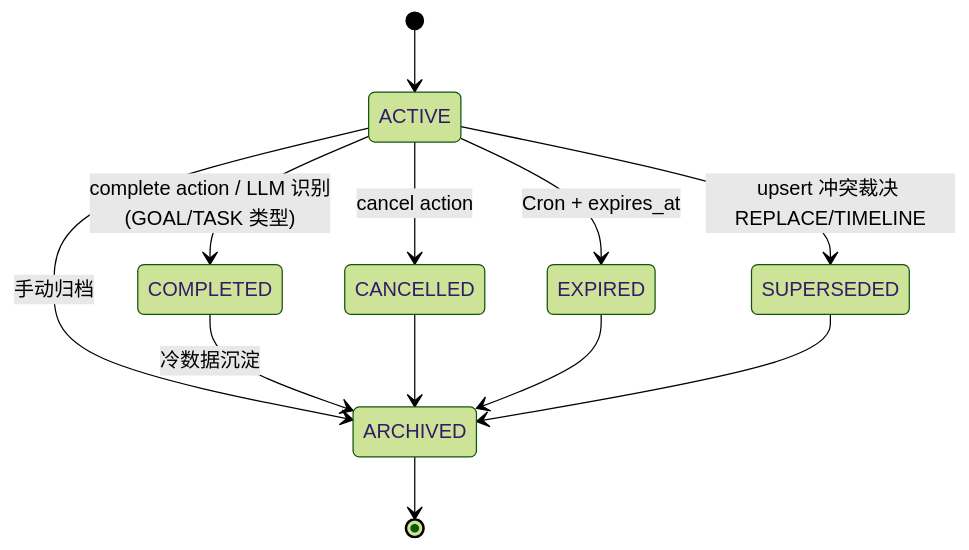
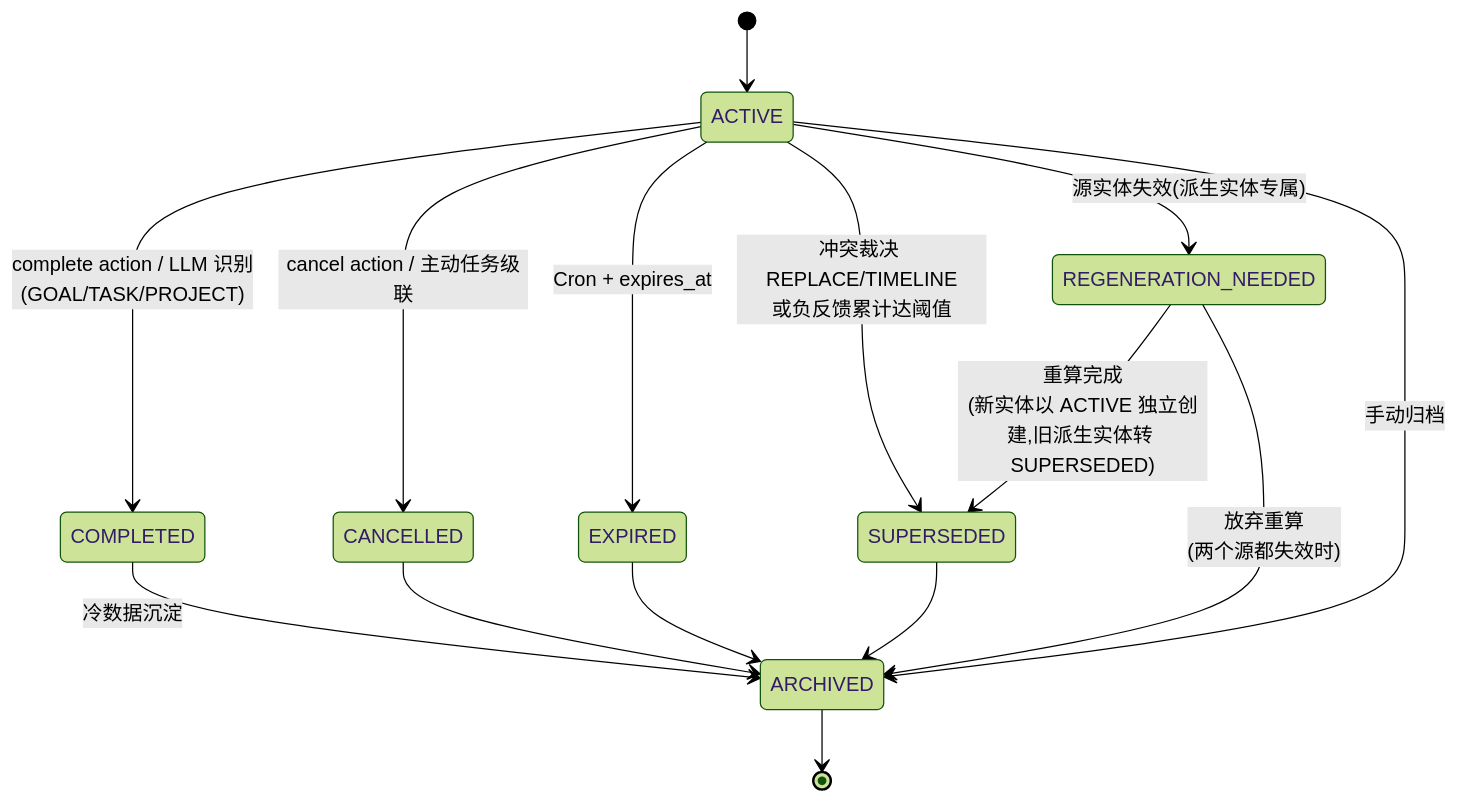
Before and after one commit to ntygod/LifePilot: the second of 2 diagrams in docs/superpowers/specs/2026-04-23-memory-lifecycle-closure-design.md, drawn with Mermaid (forest theme). The commit also changed other lines of this file, not shown here.

````diff
--- a/docs/superpowers/specs/2026-04-23-memory-lifecycle-closure-design.md
+++ b/docs/superpowers/specs/2026-04-23-memory-lifecycle-closure-design.md
@@ -469,14 +668,17 @@
 ```mermaid
 stateDiagram-v2
     [*] --> ACTIVE
-    ACTIVE --> COMPLETED: complete action / LLM 识别<br/>(GOAL/TASK 类型)
-    ACTIVE --> CANCELLED: cancel action
+    ACTIVE --> COMPLETED: complete action / LLM 识别<br/>(GOAL/TASK/PROJECT)
+    ACTIVE --> CANCELLED: cancel action / 主动任务级联
     ACTIVE --> EXPIRED: Cron + expires_at
-    ACTIVE --> SUPERSEDED: upsert 冲突裁决 REPLACE/TIMELINE
+    ACTIVE --> SUPERSEDED: 冲突裁决 REPLACE/TIMELINE<br/>或负反馈累计达阈值
+    ACTIVE --> REGENERATION_NEEDED: 源实体失效(派生实体专属)
     ACTIVE --> ARCHIVED: 手动归档
     COMPLETED --> ARCHIVED: 冷数据沉淀
     CANCELLED --> ARCHIVED
     EXPIRED --> ARCHIVED
+    REGENERATION_NEEDED --> SUPERSEDED: 重算完成<br/>(新实体以 ACTIVE 独立创建,旧派生实体转 SUPERSEDED)
+    REGENERATION_NEEDED --> ARCHIVED: 放弃重算<br/>(两个源都失效时)
     SUPERSEDED --> ARCHIVED
     ARCHIVED --> [*]
 ```
````
